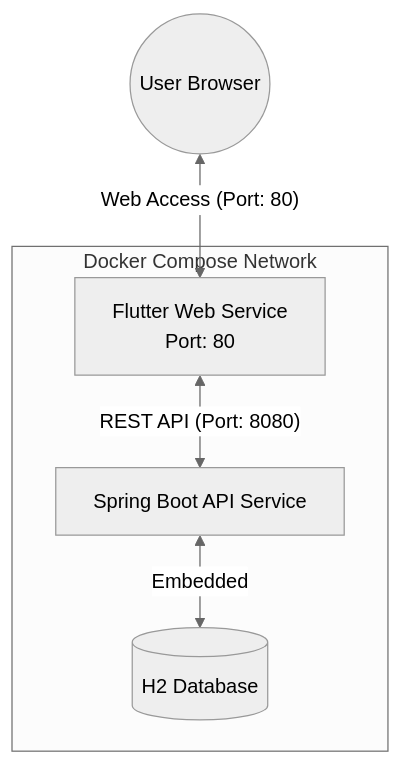
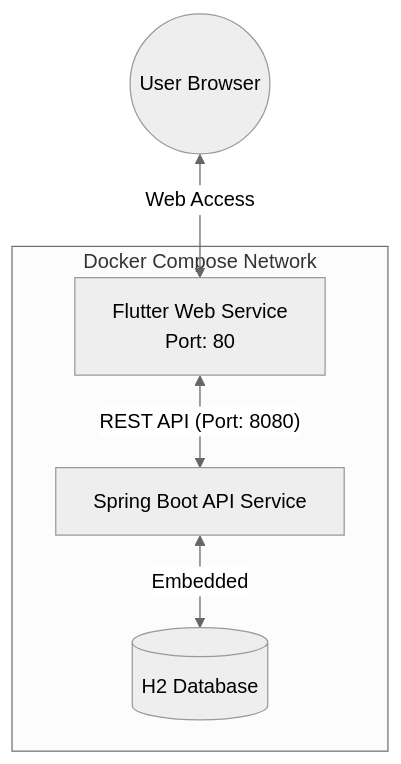
One commit to bymond17/docker-flutter-springboot-sample changed the first of 4 diagrams in README.md. Above: the diagram before and after it, drawn with Mermaid (neutral theme). The commit also changed other lines of this file, not shown here.

````diff
--- a/README.md
+++ b/README.md
@@ -29,9 +42,8 @@
 ```mermaid
 graph TD
     subgraph "Docker Compose Network"
         F[Flutter Web Service<br/>Port: 80] <--> |"REST API (Port: 8080)"| B[Spring Boot API Service]
         B <--> |"Embedded"| DB[(H2 Database)]
     end
-    
-    User((User Browser)) <--> |"Web Access (Port: 80)"| F
+    User((User Browser)) <--> |"Web Access"| F
 ```
````
